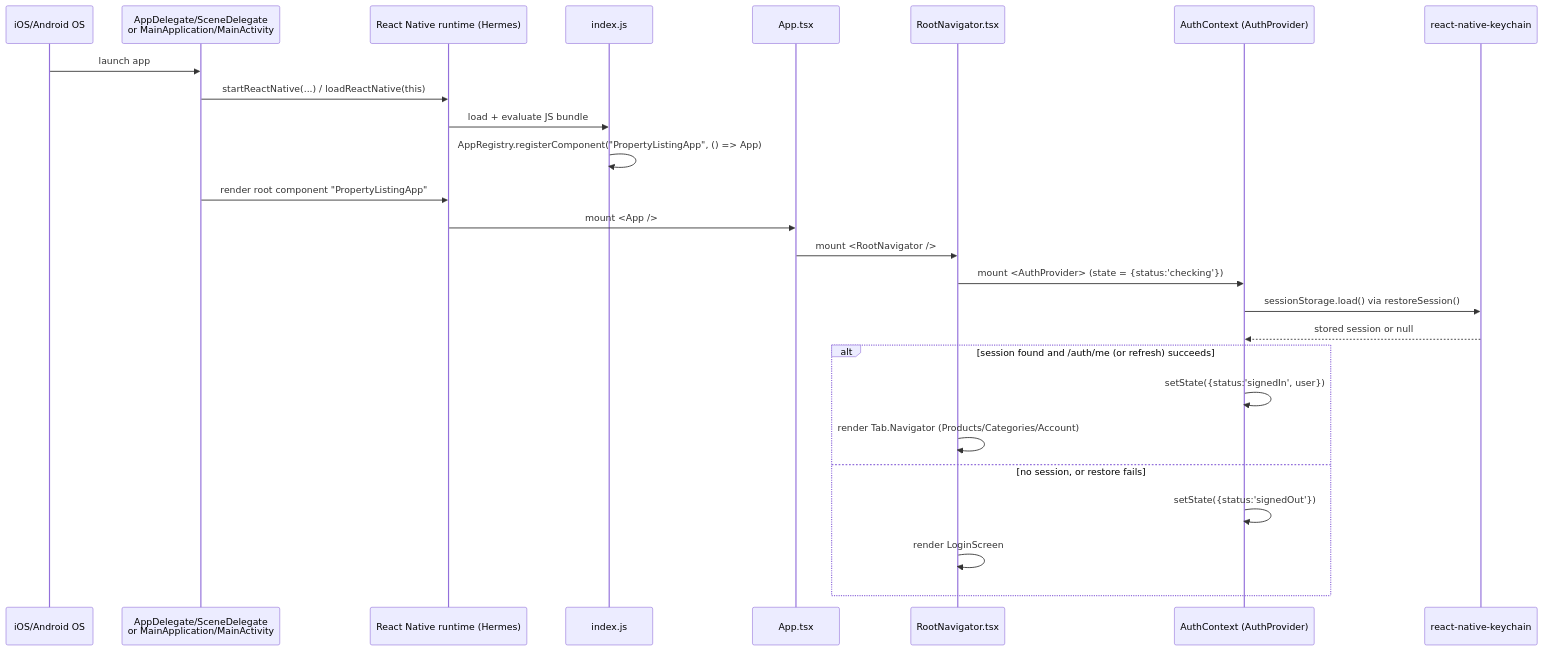
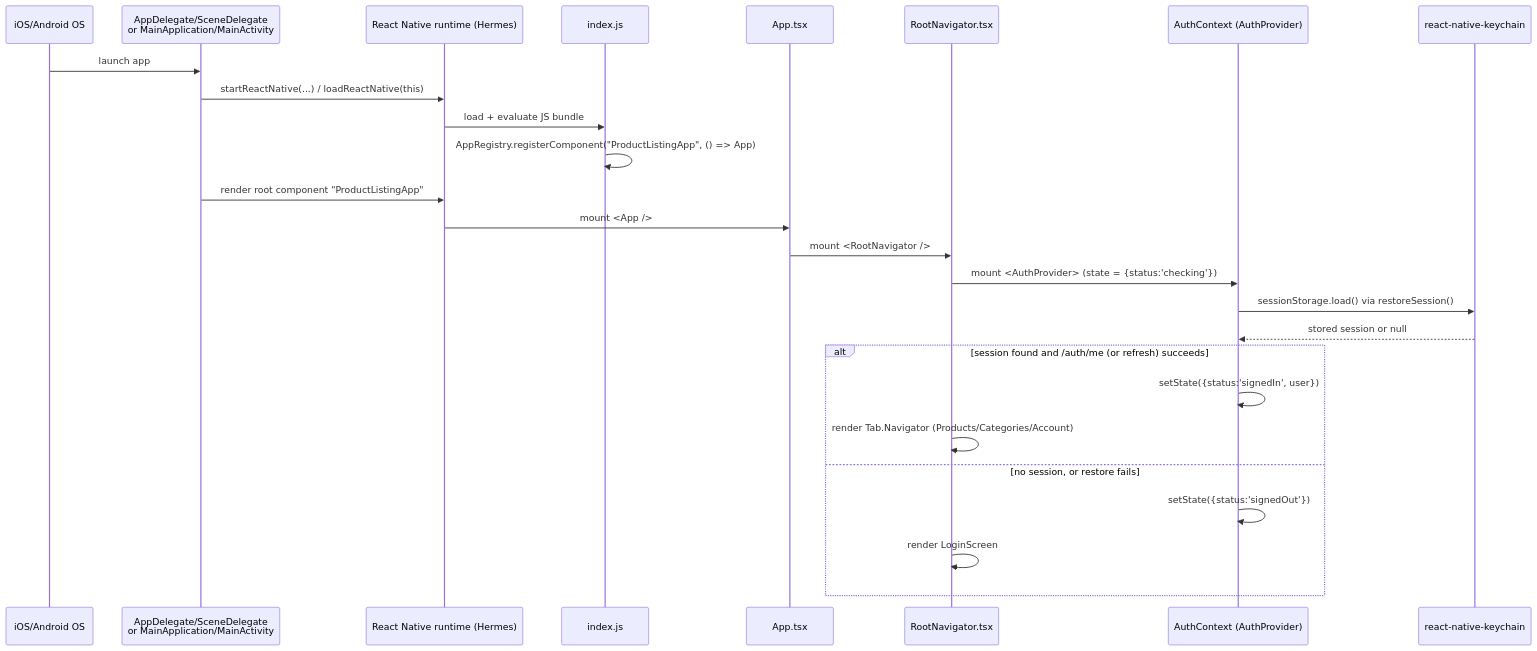
One commit to princesojitra/product-listing-app changed the second of 7 diagrams in docs/REACT_NATIVE_ARCHITECTURE_GUIDE.md. Above: the diagram before and after it, drawn with Mermaid. The commit also changed other lines of this file and 38 other files, not shown here.

First line of the commit message:
chore: rename PropertyListingApp to ProductListingApp

````diff
--- a/docs/REACT_NATIVE_ARCHITECTURE_GUIDE.md
+++ b/docs/REACT_NATIVE_ARCHITECTURE_GUIDE.md
@@ -304,29 +304,29 @@
 ```mermaid
 sequenceDiagram
     participant OS as iOS/Android OS
     participant Native as AppDelegate/SceneDelegate<br/>or MainApplication/MainActivity
     participant Bridge as React Native runtime (Hermes)
     participant Index as index.js
     participant App as App.tsx
     participant Root as RootNavigator.tsx
     participant Auth as AuthContext (AuthProvider)
     participant Keychain as react-native-keychain
 
     OS->>Native: launch app
     Native->>Bridge: startReactNative(...) / loadReactNative(this)
     Bridge->>Index: load + evaluate JS bundle
-    Index->>Index: AppRegistry.registerComponent("PropertyListingApp", () => App)
-    Native->>Bridge: render root component "PropertyListingApp"
+    Index->>Index: AppRegistry.registerComponent("ProductListingApp", () => App)
+    Native->>Bridge: render root component "ProductListingApp"
     Bridge->>App: mount <App />
     App->>Root: mount <RootNavigator />
     Root->>Auth: mount <AuthProvider> (state = {status:'checking'})
     Auth->>Keychain: sessionStorage.load() via restoreSession()
     Keychain-->>Auth: stored session or null
     alt session found and /auth/me (or refresh) succeeds
         Auth->>Auth: setState({status:'signedIn', user})
         Root->>Root: render Tab.Navigator (Products/Categories/Account)
     else no session, or restore fails
         Auth->>Auth: setState({status:'signedOut'})
         Root->>Root: render LoginScreen
     end
 ```
````
